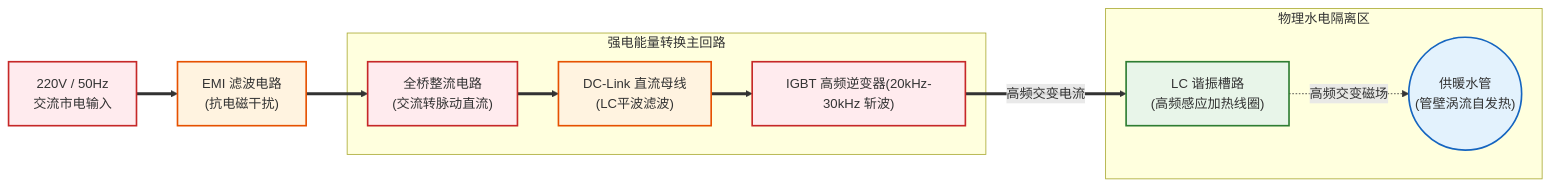
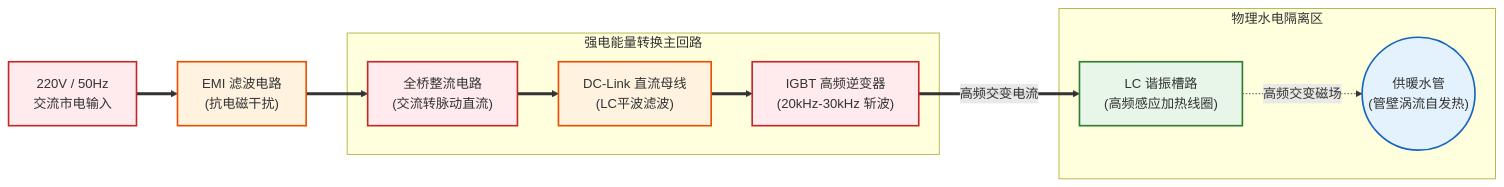
One commit to Caom-coll/iodraw-files changed the diagram in all/未命名.md. Above: the diagram before and after it, drawn with Mermaid.

Commit message:
2026-05-23 13:02:57 update

````diff
--- a/all/未命名.md
+++ b/all/未命名.md
@@ -1,48 +1,51 @@
 ```mermaid
 graph LR
     %% 定义节点
     Mains["220V / 50Hz
         交流市电输入"]
     EMI["EMI 滤波电路
         (抗电磁干扰)"]
     Rectifier["全桥整流电路
     (交流转脉动直流)"]
     DCLink["DC-Link 直流母线
     (LC平波滤波)"]
-    Inverter["IGBT 高频逆变器(20kHz-30kHz 斩波)"]
-    Coil["LC 谐振槽路\n(高频感应加热线圈)"]
-    Load(("供暖水管\n(管壁涡流自发热)"))
+    Inverter["IGBT 高频逆变器
+    (20kHz-30kHz 斩波)"]
+    Coil["LC 谐振槽路
+    (高频感应加热线圈)"]
+    Load(("供暖水管
+    (管壁涡流自发热)"))
 
     %% 定义连接线（能量流向）
     Mains ==> EMI
     EMI ==> Rectifier
     Rectifier ==> DCLink
     DCLink ==> Inverter
     Inverter ==高频交变电流==> Coil
     Coil -.高频交变磁场.-> Load
 
     %% 模块分组框图
     subgraph 强电能量转换主回路
         Rectifier
         DCLink
         Inverter
     end
 
     %% 物理隔离区标识
     subgraph 物理水电隔离区
         Coil
         Load
     end
 
     %% 定义样式颜色
     classDef power fill:#ffebee,stroke:#c62828,stroke-width:2px;
     classDef filter fill:#fff3e0,stroke:#e65100,stroke-width:2px;
     classDef heat fill:#e8f5e9,stroke:#2e7d32,stroke-width:2px;
     classDef water fill:#e3f2fd,stroke:#1565c0,stroke-width:2px;
 
     %% 应用样式
     class Mains,Rectifier,Inverter power;
     class EMI,DCLink filter;
     class Coil heat;
     class Load water;
 ```
````
